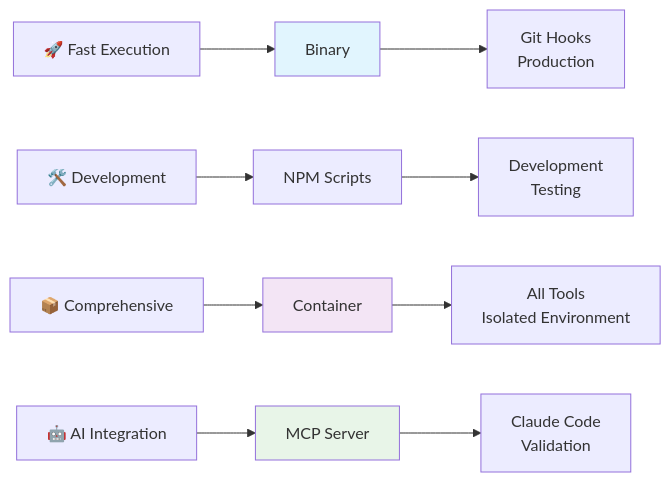
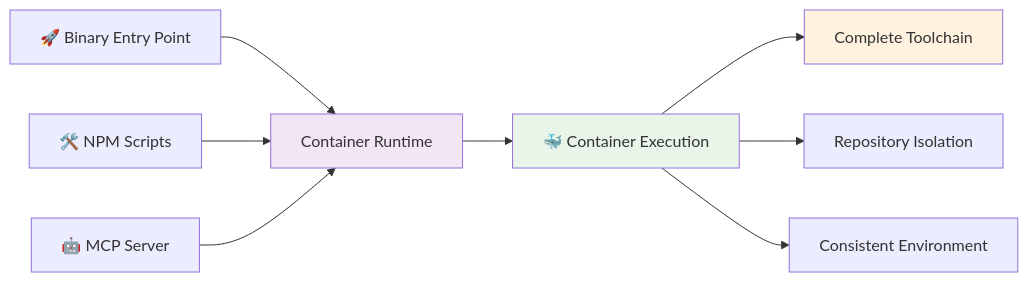
Before and after one commit to Jesssullivan/tinyland-huskycat: the first of 2 diagrams in README.md, drawn with Mermaid. The commit also changed other lines of this file and 11 other files, not shown here.

First line of the commit message:
feat: implement development-friendly validation with container-only execution

````diff
--- a/README.md
+++ b/README.md
@@ -9,16 +9,15 @@
 ```mermaid
 graph LR
-    A["🚀 Fast Execution"] --> B["Binary"]
-    C["🛠️ Development"] --> D["NPM Scripts"]
-    E["📦 Comprehensive"] --> F["Container"]
-    G["🤖 AI Integration"] --> H["MCP Server"]
+    A["🚀 Binary Entry Point"] --> B["Container Runtime"]
+    C["🛠️ NPM Scripts"] --> B
+    D["🤖 MCP Server"] --> B
     
-    B --> I["Git Hooks\nProduction"]
-    D --> J["Development\nTesting"]
-    F --> K["All Tools\nIsolated Environment"]
-    H --> L["Claude Code\nValidation"]
+    B --> E["🐳 Container Execution"]
+    E --> F["Complete Toolchain"]
+    E --> G["Repository Isolation"] 
+    E --> H["Consistent Environment"]
     
-    style B fill:#e1f5fe
-    style F fill:#f3e5f5
-    style H fill:#e8f5e8
+    style B fill:#f3e5f5
+    style E fill:#e8f5e8
+    style F fill:#fff3e0
 ```
````
